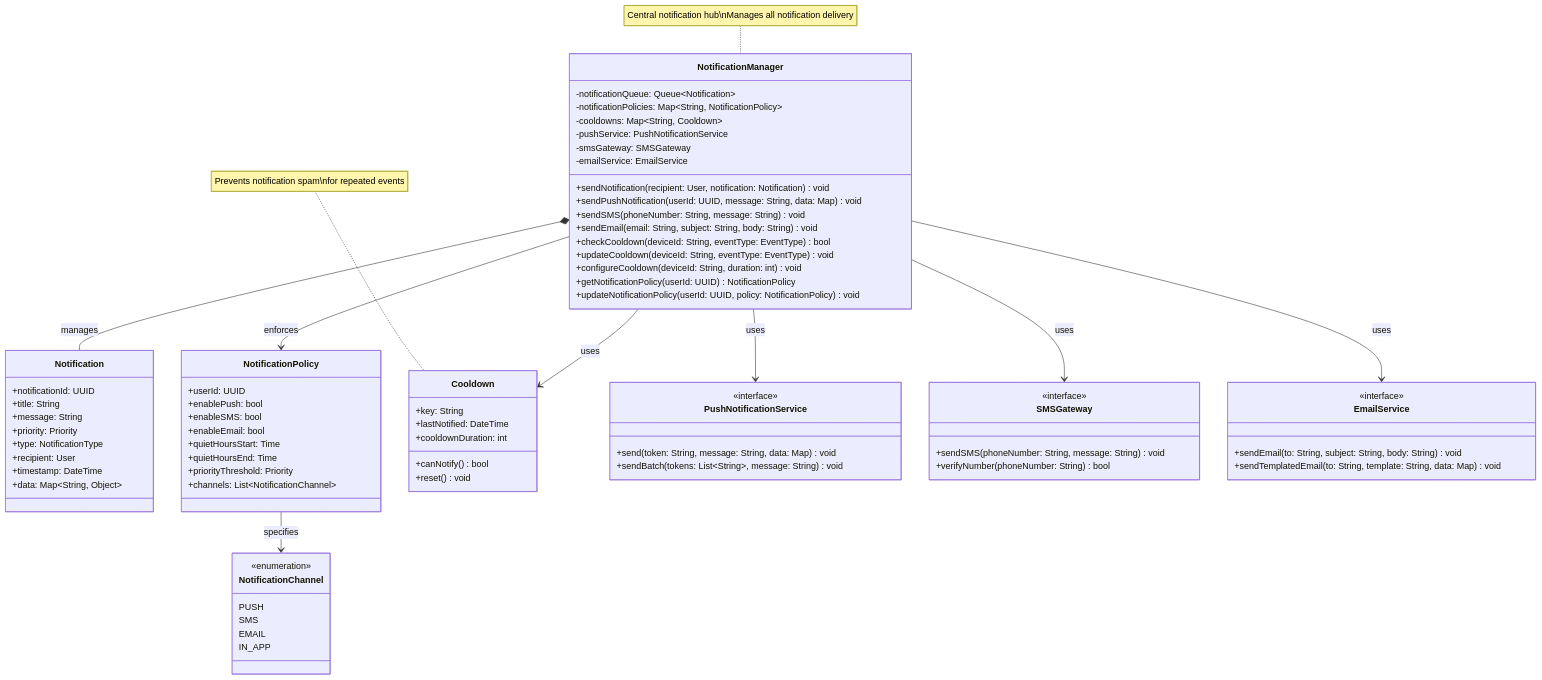
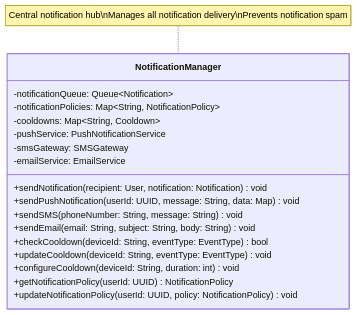
Before and after one commit to mj010101/swe_25f: diagram 11 of 18 in diagrams/business_class_diagram.md, drawn with Mermaid. The commit also changed other lines of this file, not shown here.

Commit message:
fix: business class diagram

````diff
--- a/diagrams/business_class_diagram.md
+++ b/diagrams/business_class_diagram.md
@@ -778,70 +388,5 @@
         +updateNotificationPolicy(userId: UUID, policy: NotificationPolicy) void
     }
 
-    class Notification {
-        +notificationId: UUID
-        +title: String
-        +message: String
-        +priority: Priority
-        +type: NotificationType
-        +recipient: User
-        +timestamp: DateTime
-        +data: Map~String, Object~
-    }
-
-    class NotificationPolicy {
-        +userId: UUID
-        +enablePush: bool
-        +enableSMS: bool
-        +enableEmail: bool
-        +quietHoursStart: Time
-        +quietHoursEnd: Time
-        +priorityThreshold: Priority
-        +channels: List~NotificationChannel~
-    }
-
-    class Cooldown {
-        +key: String
-        +lastNotified: DateTime
-        +cooldownDuration: int
-        +canNotify() bool
-        +reset() void
-    }
-
-    class PushNotificationService {
-        <<interface>>
-        +send(token: String, message: String, data: Map) void
-        +sendBatch(tokens: List~String~, message: String) void
-    }
-
-    class SMSGateway {
-        <<interface>>
-        +sendSMS(phoneNumber: String, message: String) void
-        +verifyNumber(phoneNumber: String) bool
-    }
-
-    class EmailService {
-        <<interface>>
-        +sendEmail(to: String, subject: String, body: String) void
-        +sendTemplatedEmail(to: String, template: String, data: Map) void
-    }
-
-    class NotificationChannel {
-        <<enumeration>>
-        PUSH
-        SMS
-        EMAIL
-        IN_APP
-    }
-
-    NotificationManager *-- Notification : manages
-    NotificationManager --> NotificationPolicy : enforces
-    NotificationManager --> Cooldown : uses
-    NotificationManager --> PushNotificationService : uses
-    NotificationManager --> SMSGateway : uses
-    NotificationManager --> EmailService : uses
-    NotificationPolicy --> NotificationChannel : specifies
-
-    note for NotificationManager "Central notification hub\nManages all notification delivery"
-    note for Cooldown "Prevents notification spam\nfor repeated events"
+    note for NotificationManager "Central notification hub\nManages all notification delivery\nPrevents notification spam"
 ```
````
